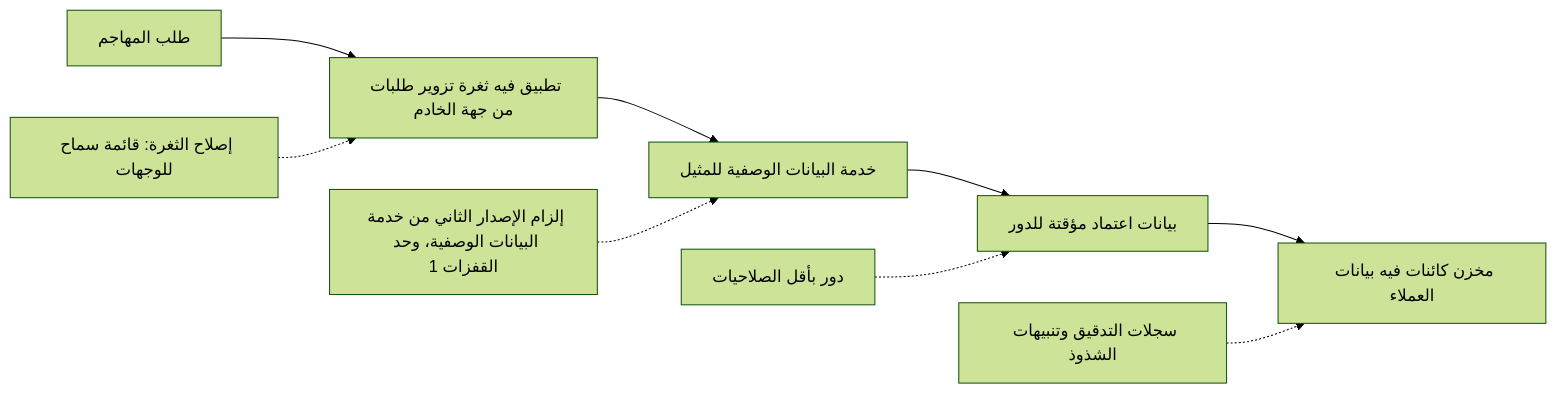
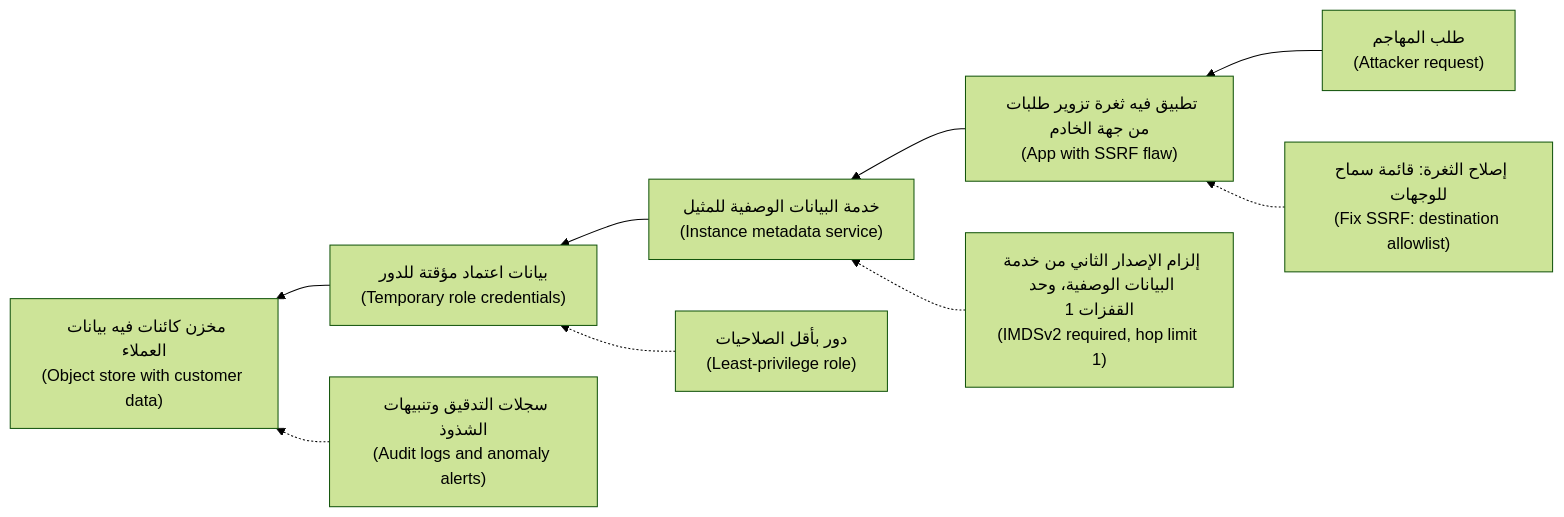
The first of 3 diagrams in secai/modules/07-cloud.ar.md (Tamoura/system-design-for-vibe-coders), drawn with Mermaid (forest theme) before and after one commit. The commit also changed other lines of this file and 11 other files, not shown here.

First line of the commit message:
Security course: Arabic modules 10–11 reviewed; RTL diagrams with English labels for modules 0–11

````diff
--- a/secai/modules/07-cloud.ar.md
+++ b/secai/modules/07-cloud.ar.md
@@ -101,11 +101,11 @@
 ```mermaid
-flowchart LR
-    A["طلب المهاجم"] --> B["تطبيق فيه ثغرة تزوير طلبات من جهة الخادم"]
-    B --> C["خدمة البيانات الوصفية للمثيل"]
-    C --> D["بيانات اعتماد مؤقتة للدور"]
-    D --> E["مخزن كائنات فيه بيانات العملاء"]
-    F["إصلاح الثغرة: قائمة سماح للوجهات"] -.-> B
-    G["إلزام الإصدار الثاني من خدمة البيانات الوصفية، وحد القفزات 1"] -.-> C
-    H["دور بأقل الصلاحيات"] -.-> D
-    I["سجلات التدقيق وتنبيهات الشذوذ"] -.-> E
+flowchart RL
+    A["طلب المهاجم<br/>(Attacker request)"] --> B["تطبيق فيه ثغرة تزوير طلبات من جهة الخادم<br/>(App with SSRF flaw)"]
+    B --> C["خدمة البيانات الوصفية للمثيل<br/>(Instance metadata service)"]
+    C --> D["بيانات اعتماد مؤقتة للدور<br/>(Temporary role credentials)"]
+    D --> E["مخزن كائنات فيه بيانات العملاء<br/>(Object store with customer data)"]
+    F["إصلاح الثغرة: قائمة سماح للوجهات<br/>(Fix SSRF: destination allowlist)"] -.-> B
+    G["إلزام الإصدار الثاني من خدمة البيانات الوصفية، وحد القفزات 1<br/>(IMDSv2 required, hop limit 1)"] -.-> C
+    H["دور بأقل الصلاحيات<br/>(Least-privilege role)"] -.-> D
+    I["سجلات التدقيق وتنبيهات الشذوذ<br/>(Audit logs and anomaly alerts)"] -.-> E
 ```
````
